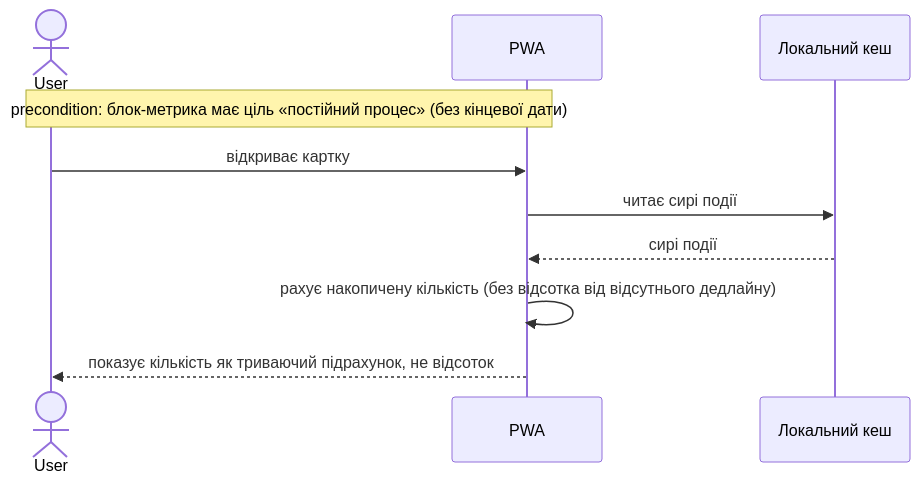
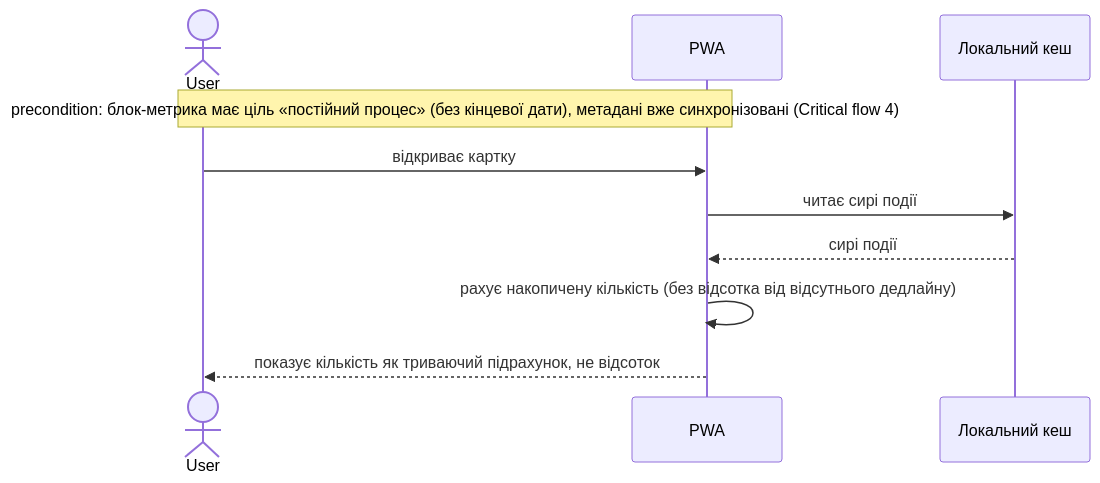
The eighth of 17 diagrams in docs/features/life-area-card/sad.md (danyllukandrey-cloud/claude-workspace), drawn with Mermaid before and after one commit. The commit also changed other lines of this file and 11 other files, not shown here.

````diff
--- a/docs/features/life-area-card/sad.md
+++ b/docs/features/life-area-card/sad.md
@@ -256,13 +272,13 @@
 ```mermaid
 sequenceDiagram
     actor User
     participant PWA
     participant Cache as Локальний кеш
 
-    Note over User,PWA: precondition: блок-метрика має ціль «постійний процес» (без кінцевої дати)
+    Note over User,PWA: precondition: блок-метрика має ціль «постійний процес» (без кінцевої дати), метадані вже синхронізовані (Critical flow 4)
     User->>PWA: відкриває картку
     PWA->>Cache: читає сирі події
     Cache-->>PWA: сирі події
     PWA->>PWA: рахує накопичену кількість (без відсотка від відсутнього дедлайну)
     PWA-->>User: показує кількість як триваючий підрахунок, не відсоток
 ```
````
